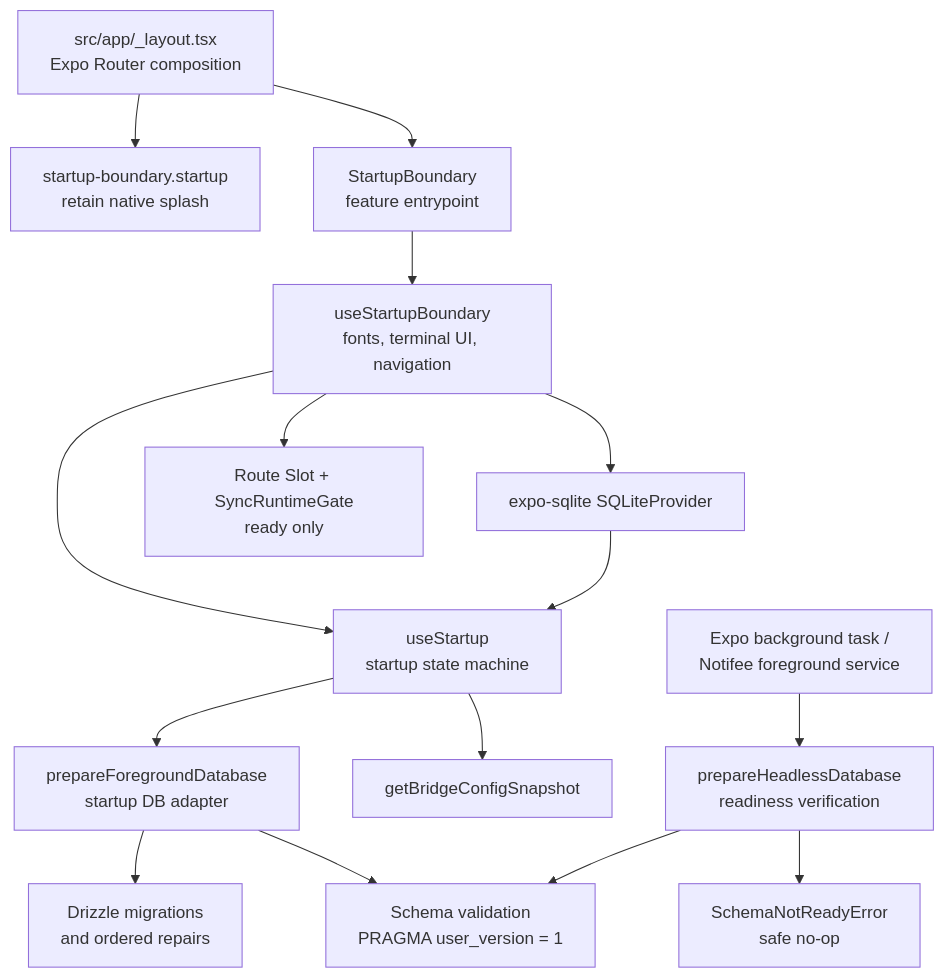
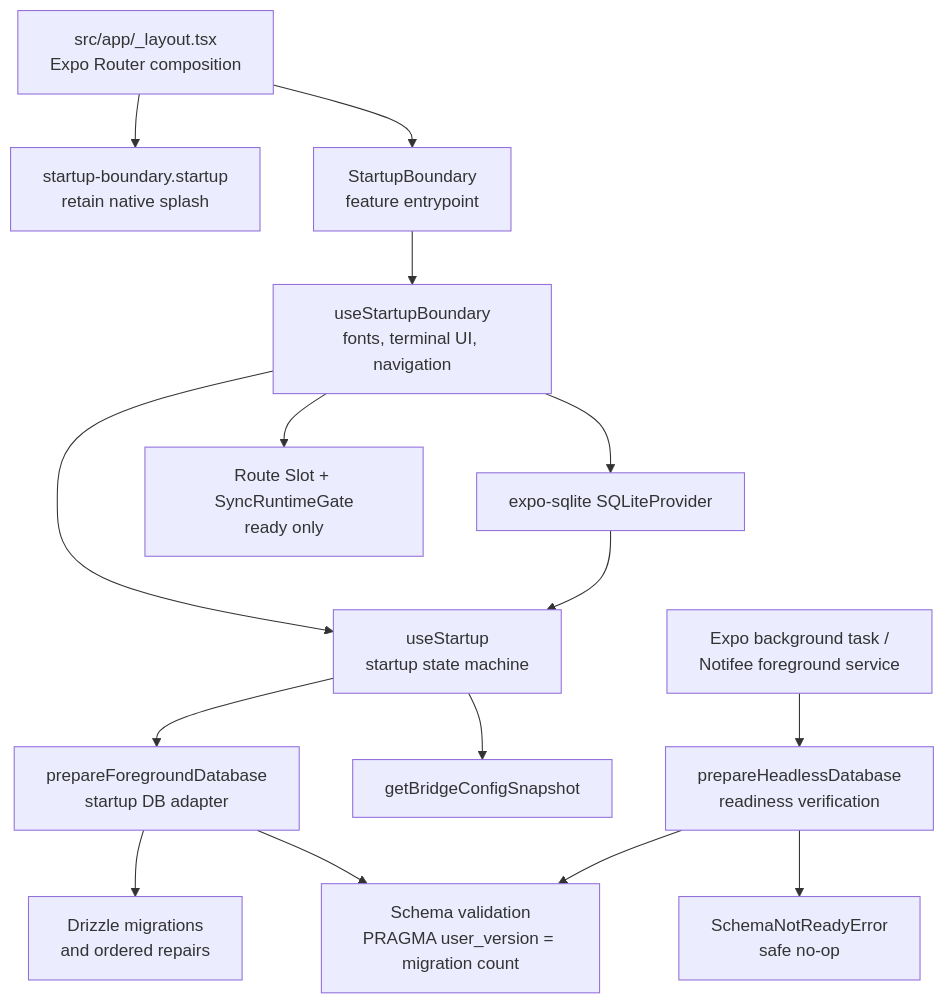
Before and after one commit to Disble/autoreas-mobile: the first of 5 diagrams in ARCHITECTURE.md, drawn with Mermaid. The commit also changed other lines of this file and 82 other files, not shown here.

````diff
--- a/ARCHITECTURE.md
+++ b/ARCHITECTURE.md
@@ -151,18 +151,18 @@
 ```mermaid
 flowchart TD
   Layout["src/app/_layout.tsx\nExpo Router composition"] --> Splash["startup-boundary.startup\nretain native splash"]
   Layout --> Boundary["StartupBoundary\nfeature entrypoint"]
   Boundary --> BoundaryHook["useStartupBoundary\nfonts, terminal UI, navigation"]
   BoundaryHook --> Startup["useStartup\nstartup state machine"]
   BoundaryHook --> Provider["expo-sqlite SQLiteProvider"]
   Provider --> Startup
   Startup --> ForegroundDB["prepareForegroundDatabase\nstartup DB adapter"]
   ForegroundDB --> Migrations["Drizzle migrations\nand ordered repairs"]
-  ForegroundDB --> Readiness["Schema validation\nPRAGMA user_version = 1"]
+  ForegroundDB --> Readiness["Schema validation\nPRAGMA user_version = migration count"]
   Startup --> Config["getBridgeConfigSnapshot"]
   BoundaryHook --> ReadyUI["Route Slot + SyncRuntimeGate\nready only"]
 
   Background["Expo background task /\nNotifee foreground service"] --> HeadlessDB["prepareHeadlessDatabase\nreadiness verification"]
   HeadlessDB --> Readiness
   HeadlessDB --> NoOp["SchemaNotReadyError\nsafe no-op"]
 ```
````
